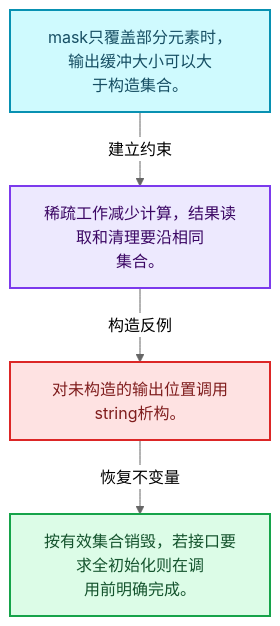
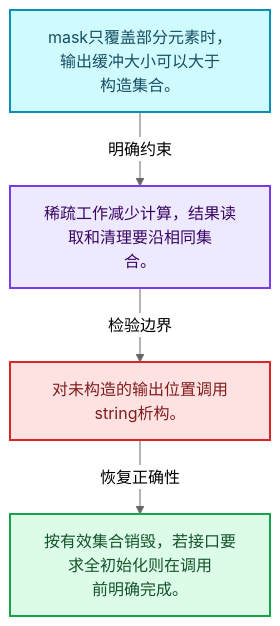
One commit to yunkezengren/blender-.vscode changed the first of 4 diagrams in 杂/markdown/全面学习-codex/07-MultiFunction与批量执行/04-参数访问与输出构造.md. Above: the diagram before and after it, drawn with Mermaid (neutral theme). The commit also changed other lines of this file and 1930 other files, not shown here.

````diff
--- a/杂/markdown/全面学习-codex/07-MultiFunction与批量执行/04-参数访问与输出构造.md
+++ b/杂/markdown/全面学习-codex/07-MultiFunction与批量执行/04-参数访问与输出构造.md
@@ -29,16 +29,16 @@
 ```mermaid
 flowchart TB
-  M["mask只覆盖部分元素时，输出缓冲大小可以大<br/>于构造集合。"]:::data
-  T["稀疏工作减少计算，结果读取和清理要沿相同<br/>集合。"]:::abstraction
-  X["对未构造的输出位置调用string析构。"]:::error
-  A["按有效集合销毁，若接口要求全初始化则在调<br/>用前明确完成。"]:::result
-  M -->|"建立约束"| T
-  T -->|"构造反例"| X
-  X -->|"恢复不变量"| A
+  M["mask只覆盖部分元素时，输出缓冲大小可以大于<br/>构造集合。"]:::data
+  C["稀疏工作减少计算，结果读取和清理要沿相同集<br/>合。"]:::abstraction
+  B["对未构造的输出位置调用string析构。"]:::error
+  R["按有效集合销毁，若接口要求全初始化则在调用<br/>前明确完成。"]:::result
+  M -->|"明确约束"| C
+  C -->|"检验边界"| B
+  B -->|"恢复正确性"| R
   classDef input fill:#DBEAFE,stroke:#2563EB,color:#172554,stroke-width:2px;
   classDef data fill:#CFFAFE,stroke:#0891B2,color:#164E63,stroke-width:2px;
   classDef abstraction fill:#EDE9FE,stroke:#7C3AED,color:#3B0764,stroke-width:2px;
   classDef compute fill:#FEF3C7,stroke:#D97706,color:#78350F,stroke-width:2px;
   classDef result fill:#DCFCE7,stroke:#16A34A,color:#14532D,stroke-width:2px;
   classDef error fill:#FEE2E2,stroke:#DC2626,color:#7F1D1D,stroke-width:2px;
 ```
````
